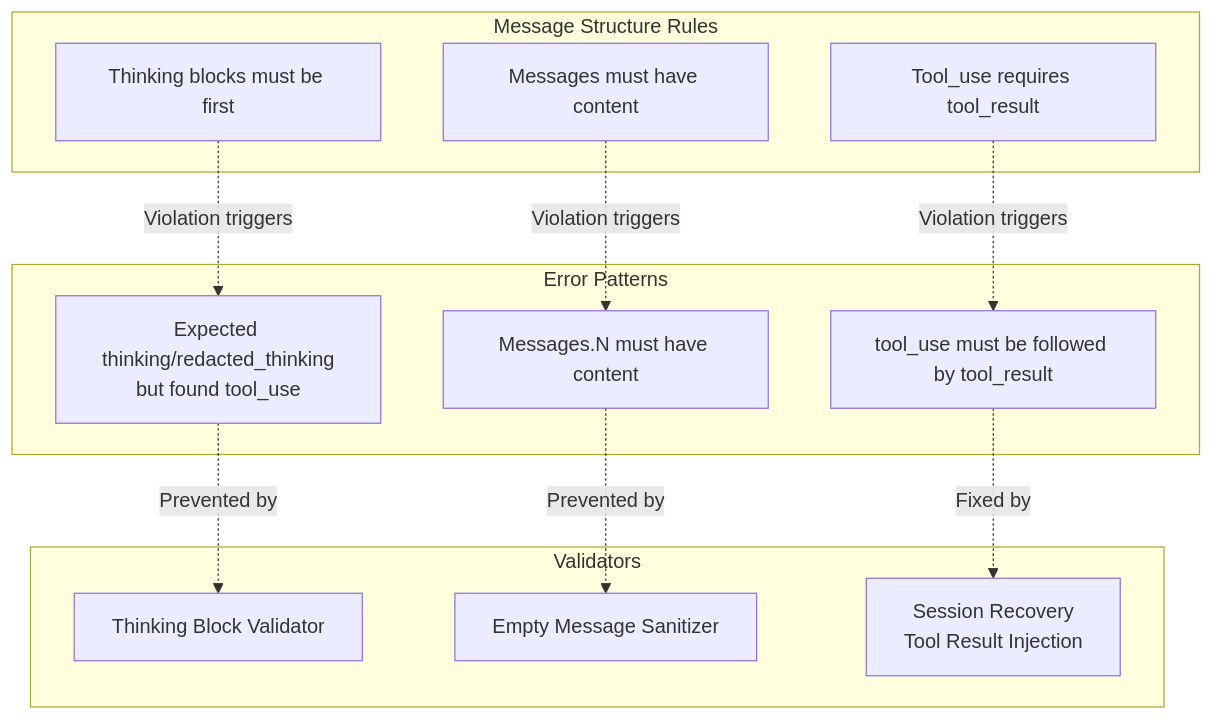
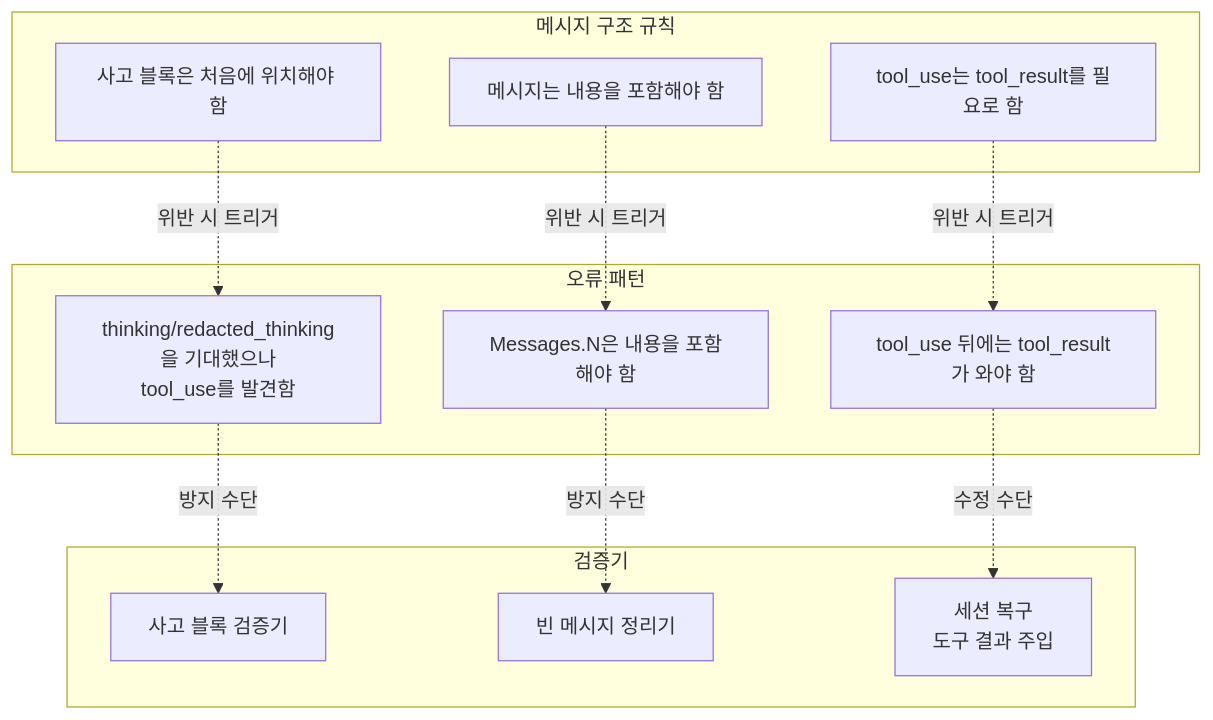
One commit to felipetruman/oh-my-opencode-docs changed the seventh of 10 diagrams in docs/reliability/message-validation.md. Above: the diagram before and after it, drawn with Mermaid. The commit also changed other lines of this file and 76 other files, not shown here.

````diff
--- a/docs/reliability/message-validation.md
+++ b/docs/reliability/message-validation.md
@@ -314,38 +314,38 @@
 ```mermaid
 flowchart TD
 
-Rule1["Thinking blocks must be first"]
-Rule2["Messages must have content"]
-Rule3["Tool_use requires tool_result"]
-Error1["Expected thinking/redacted_thinking<br>but found tool_use"]
-Error2["Messages.N must have content"]
-Error3["tool_use must be followed by tool_result"]
-Val1["Thinking Block Validator"]
-Val2["Empty Message Sanitizer"]
-Val3["Session Recovery<br>Tool Result Injection"]
+Rule1["사고 블록은 처음에 위치해야 함"]
+Rule2["메시지는 내용을 포함해야 함"]
+Rule3["tool_use는 tool_result를 필요로 함"]
+Error1["thinking/redacted_thinking을 기대했으나<br>tool_use를 발견함"]
+Error2["Messages.N은 내용을 포함해야 함"]
+Error3["tool_use 뒤에는 tool_result가 와야 함"]
+Val1["사고 블록 검증기"]
+Val2["빈 메시지 정리기"]
+Val3["세션 복구<br>도구 결과 주입"]
 
-Rule1 -.->|"Violation triggers"| Error1
-Rule2 -.->|"Violation triggers"| Error2
-Rule3 -.->|"Violation triggers"| Error3
-Error1 -.->|"Prevented by"| Val1
-Error2 -.->|"Prevented by"| Val2
-Error3 -.->|"Fixed by"| Val3
+Rule1 -.->|"위반 시 트리거"| Error1
+Rule2 -.->|"위반 시 트리거"| Error2
+Rule3 -.->|"위반 시 트리거"| Error3
+Error1 -.->|"방지 수단"| Val1
+Error2 -.->|"방지 수단"| Val2
+Error3 -.->|"수정 수단"| Val3
 
-subgraph Validators ["Validators"]
+subgraph Validators ["검증기"]
     Val1
     Val2
     Val3
 end
 
-subgraph subGraph1 ["Error Patterns"]
+subgraph subGraph1 ["오류 패턴"]
     Error1
     Error2
     Error3
 end
 
-subgraph subGraph0 ["Message Structure Rules"]
+subgraph subGraph0 ["메시지 구조 규칙"]
     Rule1
     Rule2
     Rule3
 end
 ```
````
